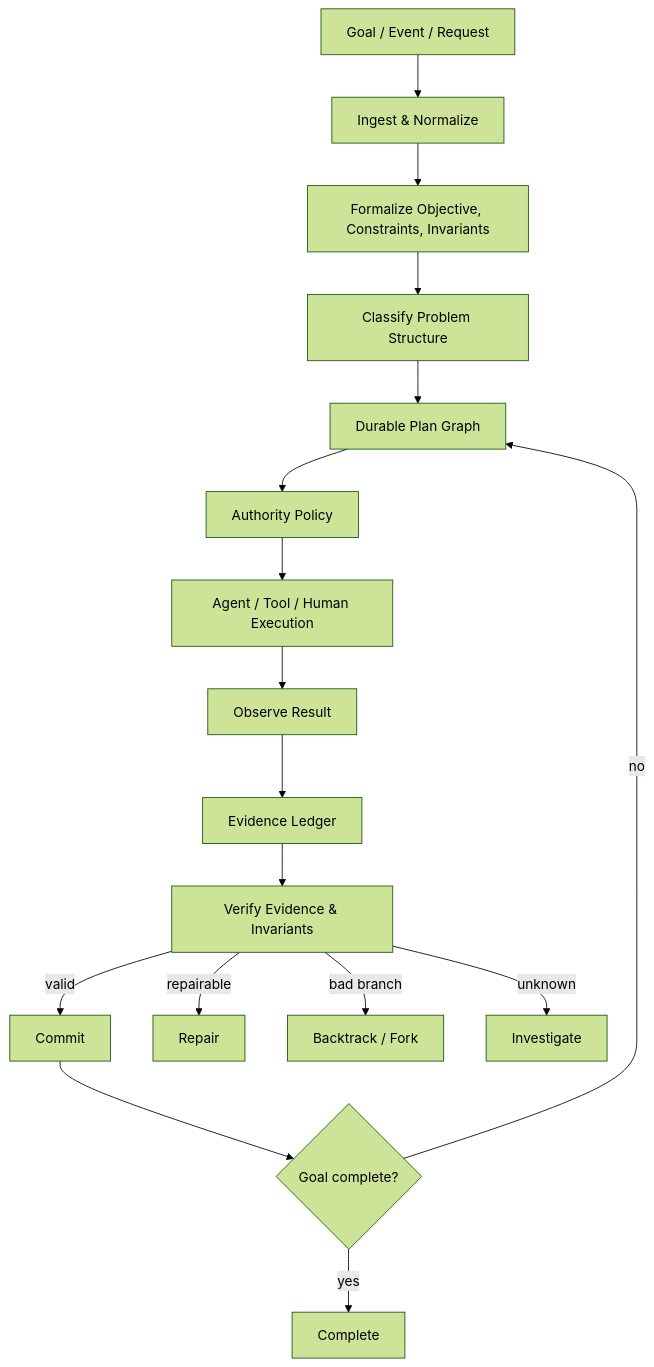
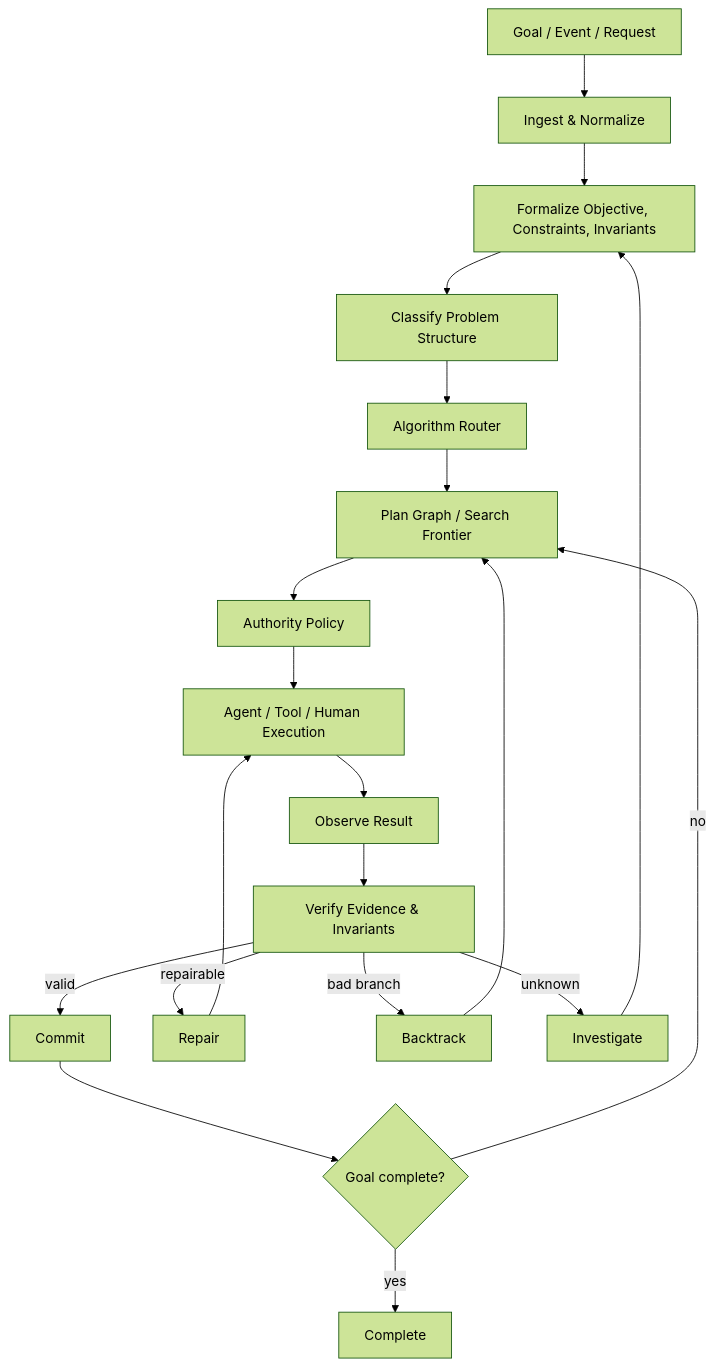
Before and after one commit to halthinks/AASM: the diagram in README.md, drawn with Mermaid (forest theme). The commit also changed other lines of this file and 20 other files, not shown here.

````diff
--- a/README.md
+++ b/README.md
@@ -50,19 +71,22 @@
 ```mermaid
 flowchart TD
     G[Goal / Event / Request] --> I[Ingest & Normalize]
     I --> F[Formalize Objective, Constraints, Invariants]
     F --> C[Classify Problem Structure]
-    C --> P[Durable Plan Graph]
+    C --> R[Algorithm Router]
+    R --> P[Plan Graph / Search Frontier]
     P --> A[Authority Policy]
     A --> X[Agent / Tool / Human Execution]
     X --> O[Observe Result]
-    O --> E[Evidence Ledger]
-    E --> V[Verify Evidence & Invariants]
+    O --> V[Verify Evidence & Invariants]
     V -->|valid| K[Commit]
-    V -->|repairable| R[Repair]
-    V -->|bad branch| B[Backtrack / Fork]
+    V -->|repairable| E[Repair]
+    V -->|bad branch| B[Backtrack]
     V -->|unknown| N[Investigate]
     K --> D{Goal complete?}
     D -->|no| P
     D -->|yes| Z[Complete]
+    E --> X
+    B --> P
+    N --> F
 ```
````
